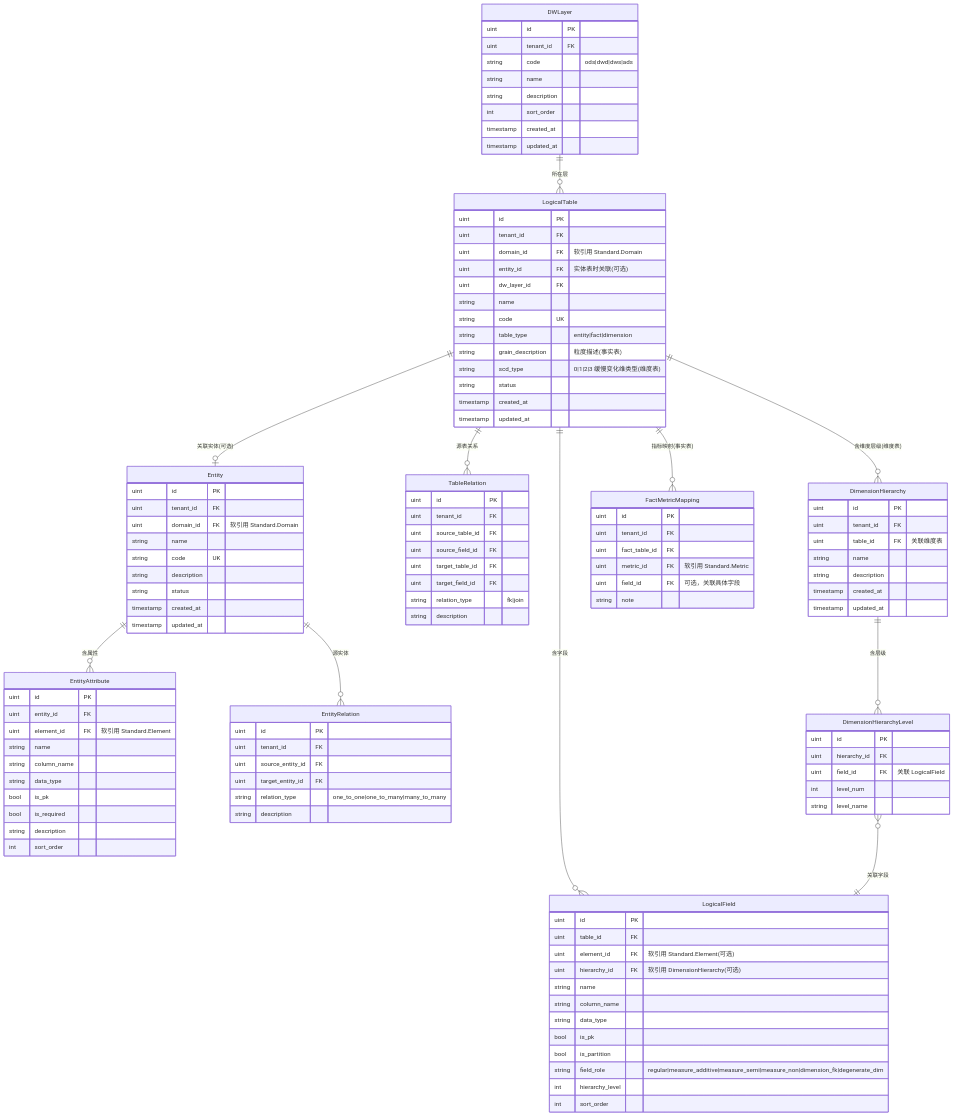
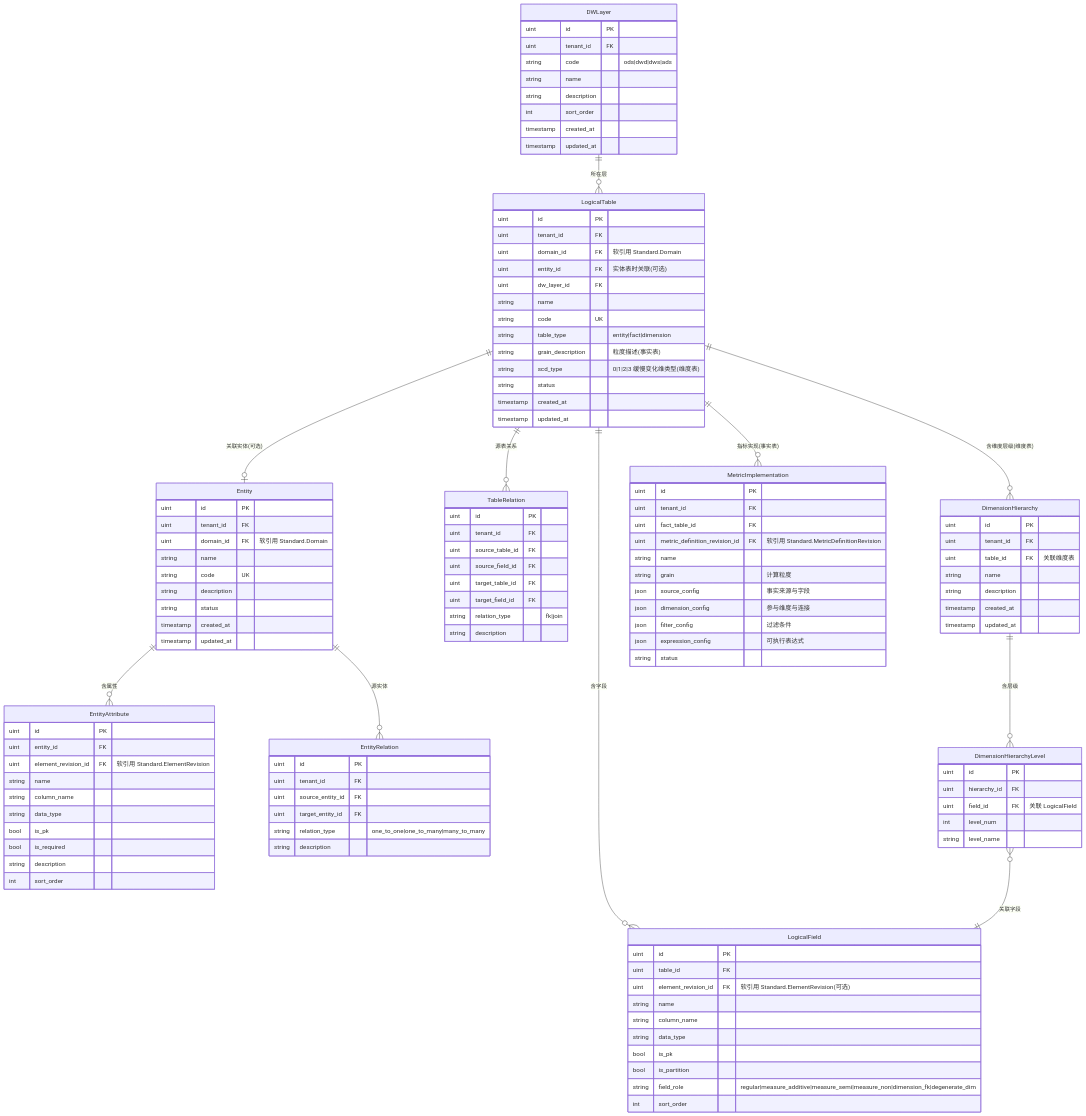
Before and after one commit to pampa0629/addp: the seventh of 9 diagrams in docs/concepts/addp核心对象ER图（元模型）.md, drawn with Mermaid. The commit also changed other lines of this file and 336 other files, not shown here.

````diff
--- a/docs/concepts/addp核心对象ER图（元模型）.md
+++ b/docs/concepts/addp核心对象ER图（元模型）.md
@@ -1045,7 +1137,7 @@
     EntityAttribute {
         uint id PK
         uint entity_id FK
-        uint element_id FK "软引用 Standard.Element"
+        uint element_revision_id FK "软引用 Standard.ElementRevision"
         string name
         string column_name
         string data_type
@@ -1083,15 +1175,13 @@
     LogicalField {
         uint id PK
         uint table_id FK
-        uint element_id FK "软引用 Standard.Element(可选)"
-        uint hierarchy_id FK "软引用 DimensionHierarchy(可选)"
+        uint element_revision_id FK "软引用 Standard.ElementRevision(可选)"
         string name
         string column_name
         string data_type
         bool is_pk
         bool is_partition
         string field_role "regular|measure_additive|measure_semi|measure_non|dimension_fk|degenerate_dim"
-        int hierarchy_level
         int sort_order
     }
 
@@ -1124,13 +1214,18 @@
         string level_name
     }
 
-    FactMetricMapping {
+    MetricImplementation {
         uint id PK
         uint tenant_id FK
         uint fact_table_id FK
-        uint metric_id FK "软引用 Standard.Metric"
-        uint field_id FK "可选，关联具体字段"
-        string note
+        uint metric_definition_revision_id FK "软引用 Standard.MetricDefinitionRevision"
+        string name
+        string grain "计算粒度"
+        json source_config "事实来源与字段"
+        json dimension_config "参与维度与连接"
+        json filter_config "过滤条件"
+        json expression_config "可执行表达式"
+        string status
     }
 
     DWLayer ||--o{ LogicalTable : "所在层"
@@ -1140,7 +1235,7 @@
     LogicalTable ||--o{ LogicalField : "含字段"
     LogicalTable ||--o{ TableRelation : "源表关系"
     LogicalTable ||--o{ DimensionHierarchy : "含维度层级(维度表)"
-    LogicalTable ||--o{ FactMetricMapping : "指标映射(事实表)"
+    LogicalTable ||--o{ MetricImplementation : "指标实现(事实表)"
     DimensionHierarchy ||--o{ DimensionHierarchyLevel : "含层级"
     DimensionHierarchyLevel }o--|| LogicalField : "关联字段"
 ```
````
